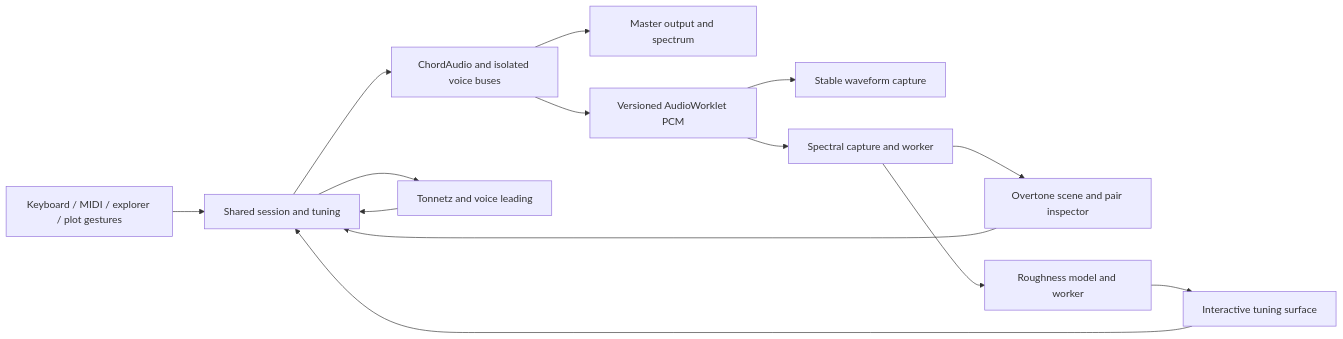
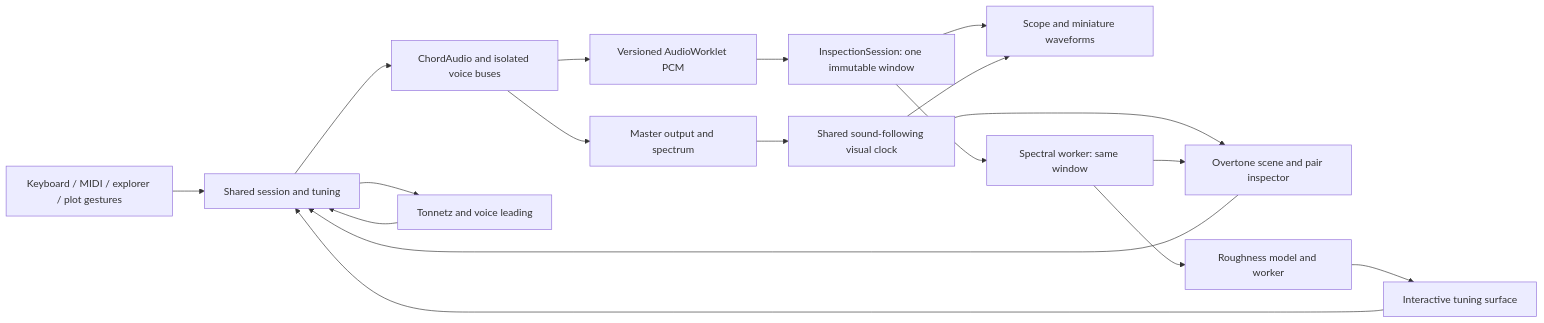
The diagram in docs/architecture.md (NeoVand/chord), drawn with Mermaid before and after one commit. The commit also changed other lines of this file and 1 other file, not shown here.

Commit message:
docs: describe unified inspection and the new Scope controls

````diff
--- a/docs/architecture.md
+++ b/docs/architecture.md
@@ -19,16 +21,20 @@
 ```mermaid
 flowchart LR
   Inputs[Keyboard / MIDI / explorer / plot gestures] --> Session[Shared session and tuning]
   Session --> Audio[ChordAudio and isolated voice buses]
   Audio --> Output[Master output and spectrum]
   Audio --> PCM[Versioned AudioWorklet PCM]
-  PCM --> Scope[Stable waveform capture]
-  PCM --> Analysis[Spectral capture and worker]
+  PCM --> Capture[InspectionSession: one immutable window]
+  Capture --> Scope[Scope and miniature waveforms]
+  Capture --> Analysis[Spectral worker: same window]
+  Output --> Clock[Shared sound-following visual clock]
+  Clock --> Scope
+  Clock --> Overtones
   Analysis --> Overtones[Overtone scene and pair inspector]
   Analysis --> Model[Roughness model and worker]
   Model --> Terrain[Interactive tuning surface]
   Session --> Atlas[Tonnetz and voice leading]
   Overtones --> Session
   Terrain --> Session
   Atlas --> Session
 ```
````
